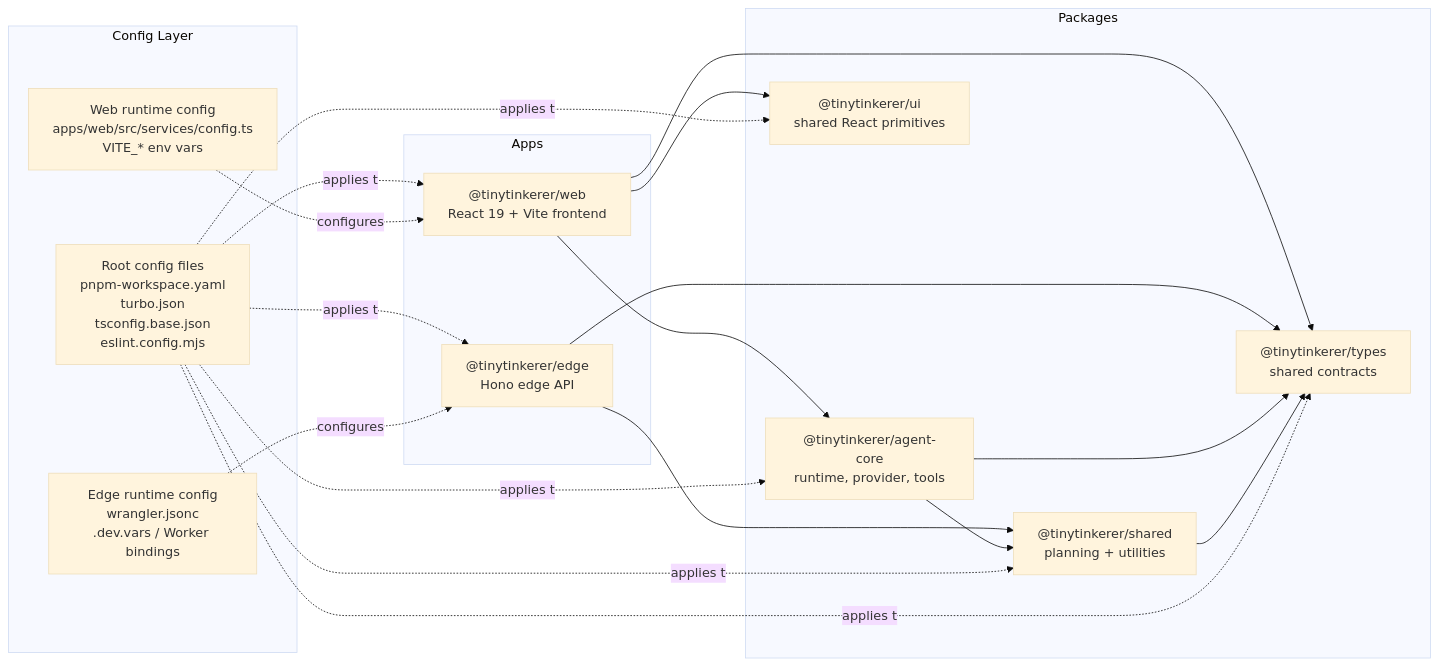
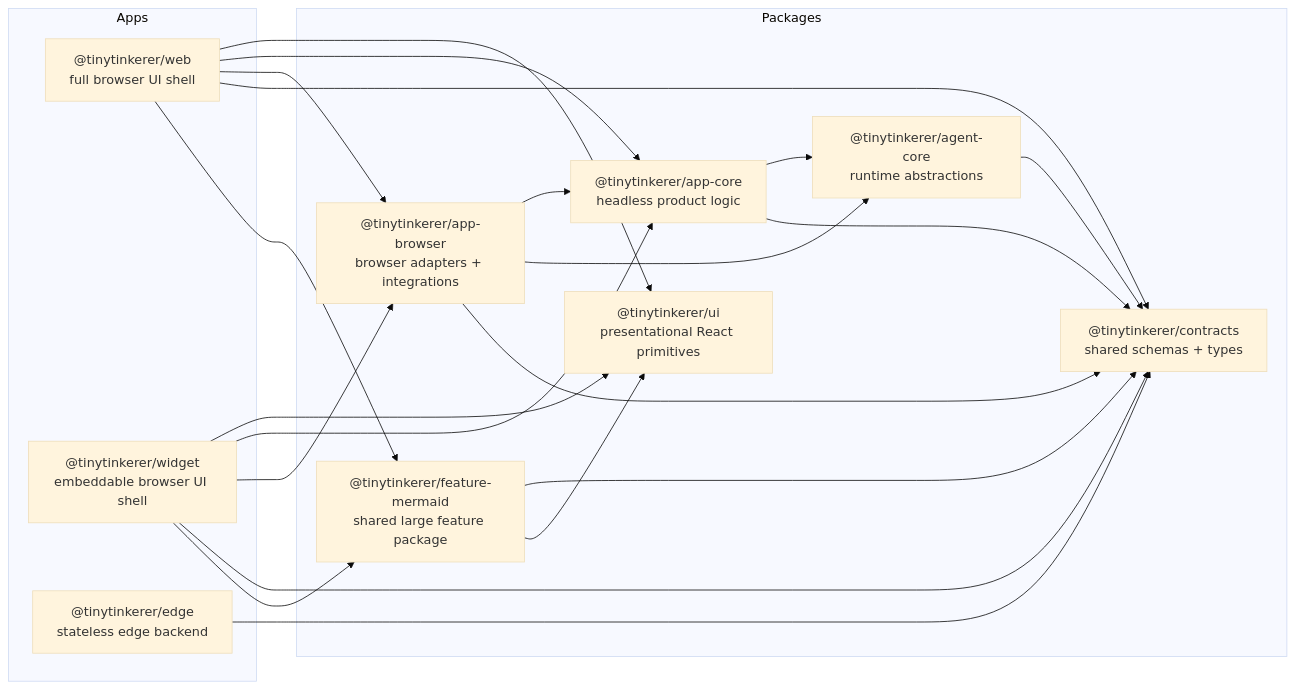
Before and after one commit to NNTin/tinytinkerer: the diagram in docs/ARCHITECTURE.md, drawn with Mermaid (base theme). The commit also changed other lines of this file and 3 other files, not shown here.

Commit message:
docs: planning apps and packages boundaries

````diff
--- a/docs/ARCHITECTURE.md
+++ b/docs/ARCHITECTURE.md
@@ -13,38 +17,43 @@
 ```mermaid
 flowchart LR
   subgraph Apps
-    web["@tinytinkerer/web<br/>React 19 + Vite frontend"]
-    edge["@tinytinkerer/edge<br/>Hono edge API"]
+    web["@tinytinkerer/web<br/>full browser UI shell"]
+    widget["@tinytinkerer/widget<br/>embeddable browser UI shell"]
+    edge["@tinytinkerer/edge<br/>stateless edge backend"]
   end
 
   subgraph Packages
-    agent["@tinytinkerer/agent-core<br/>runtime, provider, tools"]
-    shared["@tinytinkerer/shared<br/>planning + utilities"]
-    types["@tinytinkerer/types<br/>shared contracts"]
-    ui["@tinytinkerer/ui<br/>shared React primitives"]
+    contracts["@tinytinkerer/contracts<br/>shared schemas + types"]
+    agent["@tinytinkerer/agent-core<br/>runtime abstractions"]
+    appcore["@tinytinkerer/app-core<br/>headless product logic"]
+    appbrowser["@tinytinkerer/app-browser<br/>browser adapters + integrations"]
+    ui["@tinytinkerer/ui<br/>presentational React primitives"]
+    mermaid["@tinytinkerer/feature-mermaid<br/>shared large feature package"]
   end
 
-  subgraph Repo_Config["Config Layer"]
-    rootcfg["Root config files<br/>pnpm-workspace.yaml<br/>turbo.json<br/>tsconfig.base.json<br/>eslint.config.mjs"]
-    webcfg["Web runtime config<br/>apps/web/src/services/config.ts<br/>VITE_* env vars"]
-    edgecfg["Edge runtime config<br/>wrangler.jsonc<br/>.dev.vars / Worker bindings"]
-  end
+  web --> ui
+  web --> appcore
+  web --> appbrowser
+  web --> contracts
+  web --> mermaid
 
-  web --> agent
-  web --> types
-  web --> ui
-  edge --> shared
-  edge --> types
-  agent --> shared
-  agent --> types
-  shared --> types
+  widget --> ui
+  widget --> appcore
+  widget --> appbrowser
+  widget --> contracts
+  widget --> mermaid
 
-  rootcfg -.applies to.-> web
-  rootcfg -.applies to.-> edge
-  rootcfg -.applies to.-> agent
-  rootcfg -.applies to.-> shared
-  rootcfg -.applies to.-> types
-  rootcfg -.applies to.-> ui
-  webcfg -.configures.-> web
-  edgecfg -.configures.-> edge
+  edge --> contracts
+
+  appcore --> agent
+  appcore --> contracts
+
+  appbrowser --> appcore
+  appbrowser --> agent
+  appbrowser --> contracts
+
+  mermaid --> contracts
+  mermaid --> ui
+
+  agent --> contracts
 ```
````
